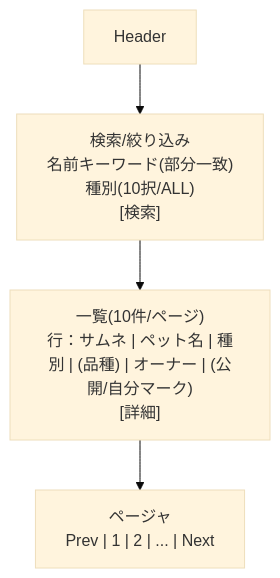
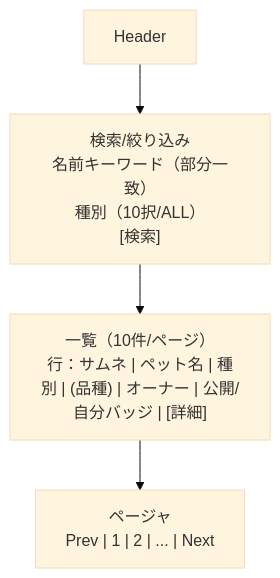
The seventh of 23 diagrams in docs/ui-wireframe.md (Cat5Dog2/PetHealthManagement), drawn with Mermaid (base theme) before and after one commit. The commit also changed other lines of this file, not shown here.

````diff
--- a/docs/ui-wireframe.md
+++ b/docs/ui-wireframe.md
@@ -44,9 +116,9 @@
 ```mermaid
 flowchart TB
   Header["Header"]
-  Filters["検索/絞り込み<br/>名前キーワード(部分一致)<br/>種別(10択/ALL)<br/>[検索]"]
-  List["一覧(10件/ページ)<br/>行：サムネ | ペット名 | 種別 | (品種) | オーナー | (公開/自分マーク)<br/>[詳細]"]
+  Filters["検索/絞り込み<br/>名前キーワード（部分一致）<br/>種別（10択/ALL）<br/>[検索]"]
+  List["一覧（10件/ページ）<br/>行：サムネ | ペット名 | 種別 | (品種) | オーナー | 公開/自分バッジ | [詳細]"]
   Pager["ページャ<br/>Prev | 1 | 2 | ... | Next"]
 
   Header --> Filters --> List --> Pager
 ```
````
